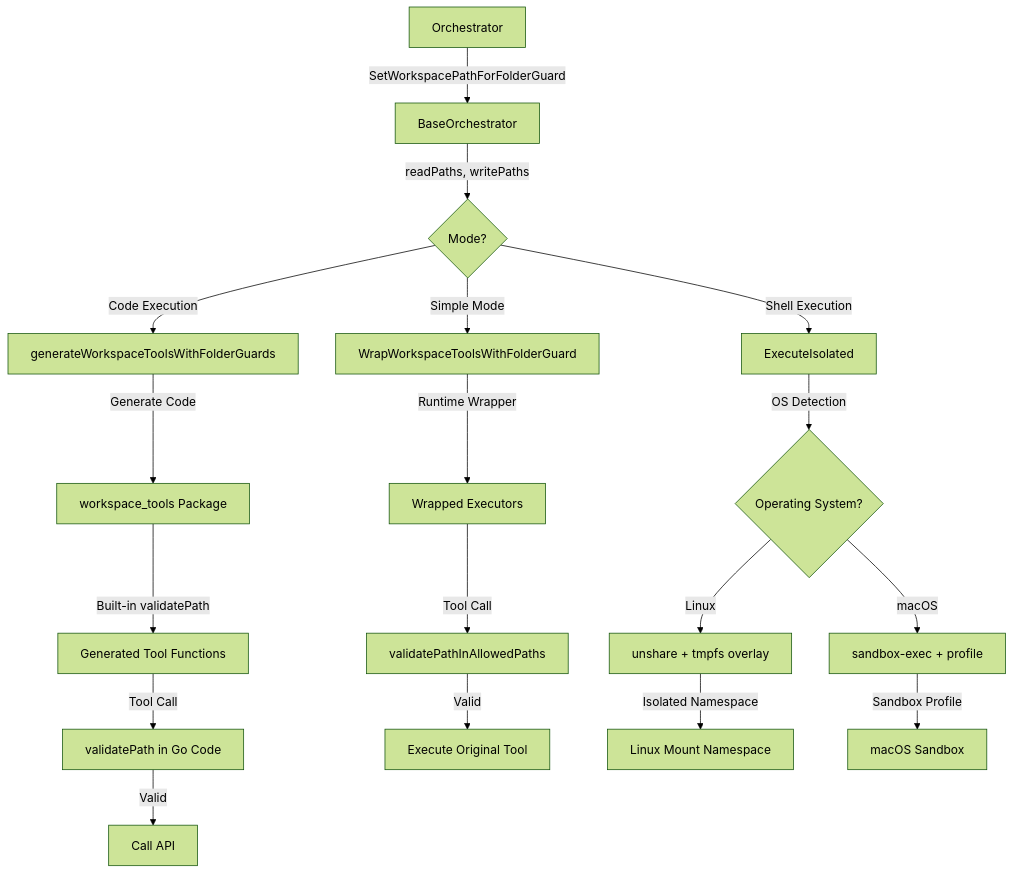
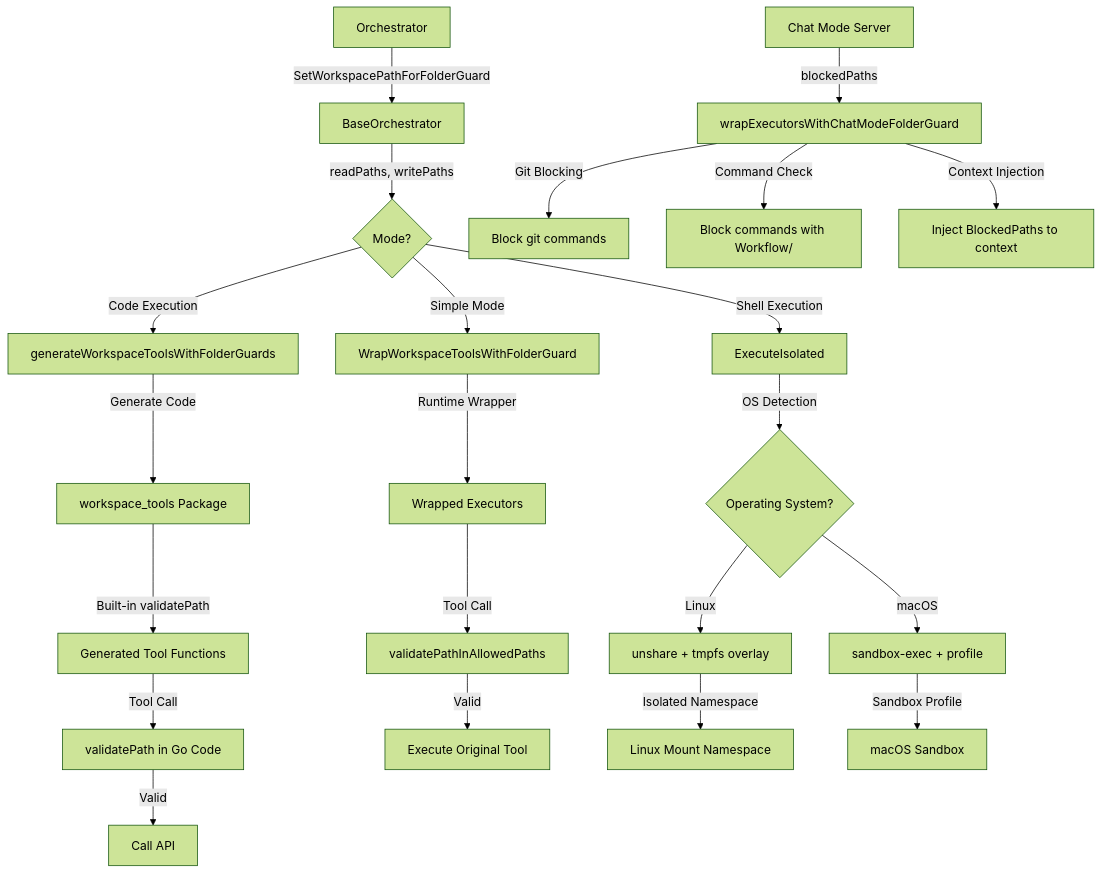
Before and after one commit to manishiitg/coding-agent-loop: the diagram in docs/folder_guard.md, drawn with Mermaid (forest theme). The commit also changed other lines of this file and 65 other files, not shown here.

````diff
--- a/docs/folder_guard.md
+++ b/docs/folder_guard.md
@@ -92,24 +154,29 @@
 ```mermaid
 graph TD
     A[Orchestrator] -->|SetWorkspacePathForFolderGuard| B[BaseOrchestrator]
     B -->|readPaths, writePaths| C{Mode?}
     C -->|Simple Mode| D[WrapWorkspaceToolsWithFolderGuard]
     C -->|Code Execution| E[generateWorkspaceToolsWithFolderGuards]
     C -->|Shell Execution| S[ExecuteIsolated]
+
+    CHAT[Chat Mode Server] -->|blockedPaths| WRAP[wrapExecutorsWithChatModeFolderGuard]
+    WRAP -->|Git Blocking| GIT[Block git commands]
+    WRAP -->|Command Check| CMD[Block commands with Workflow/]
+    WRAP -->|Context Injection| CTX[Inject BlockedPaths to context]
 
     D -->|Runtime Wrapper| F[Wrapped Executors]
     E -->|Generate Code| G[workspace_tools Package]
     G -->|Built-in validatePath| H[Generated Tool Functions]
     S -->|OS Detection| OS{Operating System?}
 
     OS -->|Linux| L[unshare + tmpfs overlay]
     OS -->|macOS| M[sandbox-exec + profile]
 
     F -->|Tool Call| I[validatePathInAllowedPaths]
     H -->|Tool Call| J[validatePath in Go Code]
     I -->|Valid| K[Execute Original Tool]
     J -->|Valid| N[Call API]
 
     L -->|Isolated Namespace| ISO1[Linux Mount Namespace]
     M -->|Sandbox Profile| ISO2[macOS Sandbox]
 ```
````
